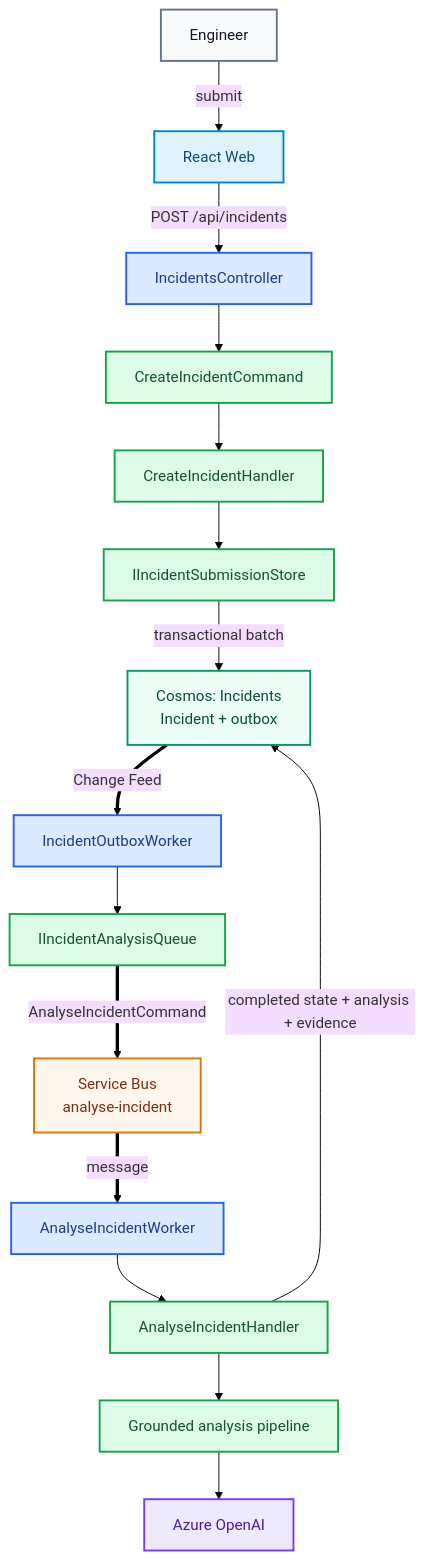
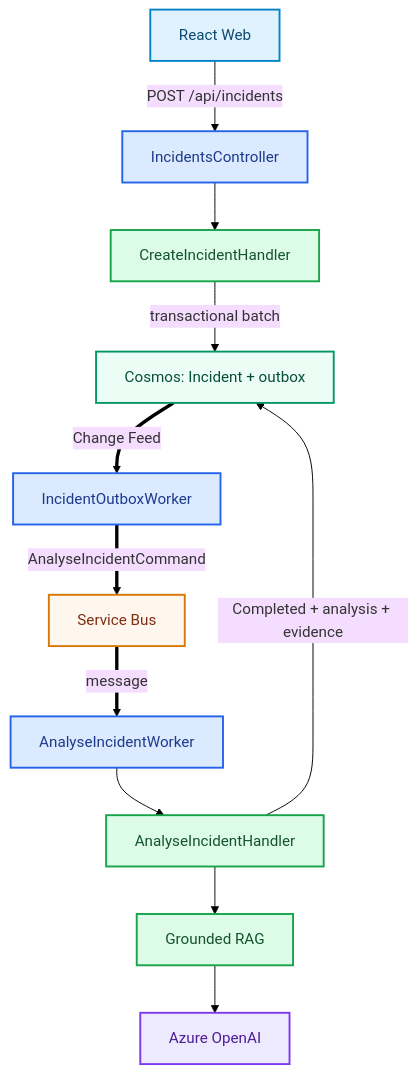
One commit to danielmusselwhite/IncidentIQ changed the diagram in docs/flows/incident-submission-and-analysis.md. Above: the diagram before and after it, drawn with Mermaid. The commit also changed other lines of this file and 24 other files, not shown here.

````diff
--- a/docs/flows/incident-submission-and-analysis.md
+++ b/docs/flows/incident-submission-and-analysis.md
@@ -28,28 +20,22 @@
 ```mermaid
 %%{init: {"theme":"base","themeVariables":{"background":"#ffffff"}} }%%
 flowchart TB
-    User["Engineer"]:::user -->|"submit"| Web["React Web"]:::web
-    Web -->|"POST /api/incidents"| Controller["IncidentsController"]:::host
-    Controller --> Command["CreateIncidentCommand"]:::app
-    Command --> Handler["CreateIncidentHandler"]:::app
-    Handler --> Store["IIncidentSubmissionStore"]:::app
-    Store -->|"transactional batch"| Incidents["Cosmos: Incidents<br/>Incident + outbox"]:::data
+    Web["React Web"]:::web -->|"POST /api/incidents"| API["IncidentsController"]:::host
+    API --> Create["CreateIncidentHandler"]:::app
+    Create -->|"transactional batch"| Cosmos["Cosmos: Incident + outbox"]:::data
 
-    Incidents ==>|"Change Feed"| Relay["IncidentOutboxWorker"]:::host
-    Relay --> QueuePort["IIncidentAnalysisQueue"]:::app
-    QueuePort ==>|"AnalyseIncidentCommand"| Queue["Service Bus<br/>analyse-incident"]:::msg
+    Cosmos ==>|Change Feed| Relay["IncidentOutboxWorker"]:::host
+    Relay ==>|AnalyseIncidentCommand| Bus["Service Bus"]:::msg
+    Bus ==>|message| Worker["AnalyseIncidentWorker"]:::host
+    Worker --> Analyse["AnalyseIncidentHandler"]:::app
+    Analyse --> RAG["Grounded RAG"]:::app
+    RAG --> AI["Azure OpenAI"]:::ai
+    Analyse -->|"Completed + analysis + evidence"| Cosmos
 
-    Queue ==>|"message"| Worker["AnalyseIncidentWorker"]:::host
-    Worker --> Analyse["AnalyseIncidentHandler"]:::app
-    Analyse --> RAG["Grounded analysis pipeline"]:::app
-    RAG --> AI["Azure OpenAI"]:::ai
-    Analyse -->|"completed state + analysis + evidence"| Incidents
-
-    classDef user fill:#f8fafc,stroke:#64748b,color:#0f172a,stroke-width:2px;
     classDef web fill:#e0f2fe,stroke:#0284c7,color:#0c4a6e,stroke-width:2px;
     classDef host fill:#dbeafe,stroke:#2563eb,color:#1e3a8a,stroke-width:2px;
     classDef app fill:#dcfce7,stroke:#16a34a,color:#14532d,stroke-width:2px;
     classDef data fill:#ecfdf5,stroke:#059669,color:#064e3b,stroke-width:2px;
     classDef msg fill:#fff7ed,stroke:#d97706,color:#7c2d12,stroke-width:2px;
     classDef ai fill:#ede9fe,stroke:#7c3aed,color:#4c1d95,stroke-width:2px;
 ```
````
